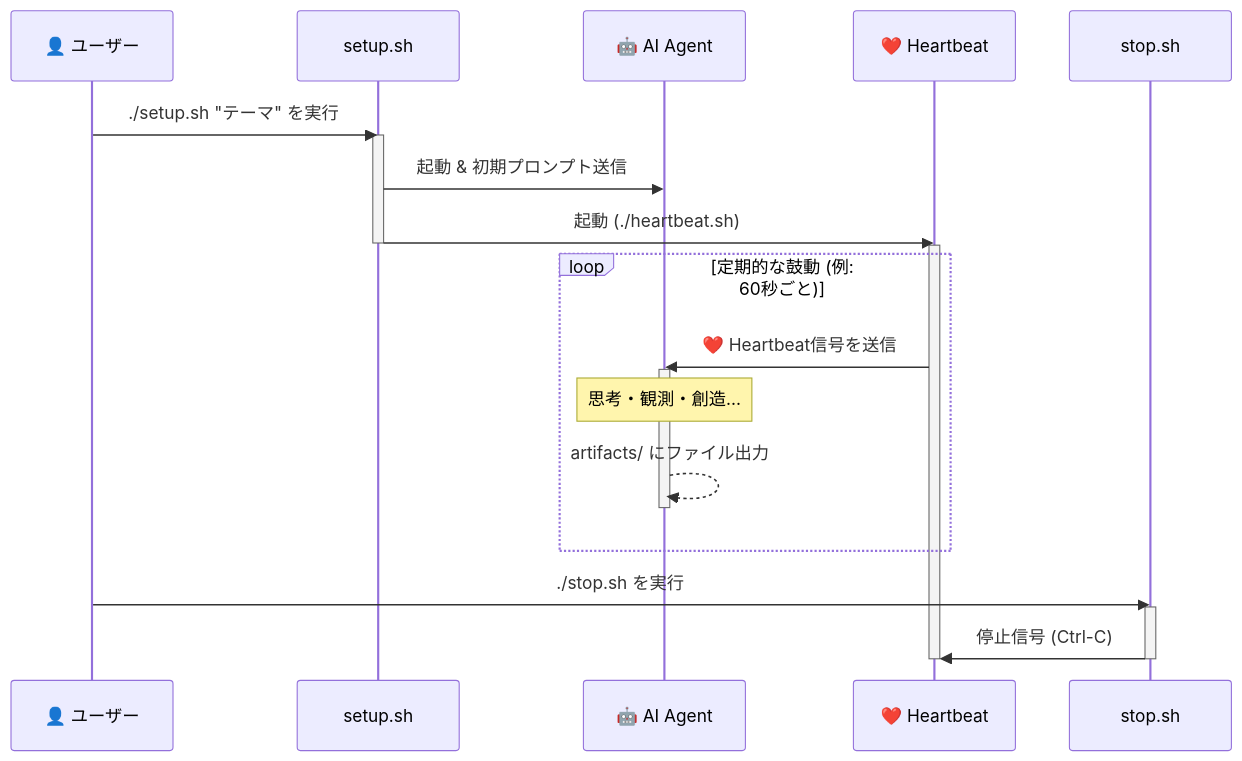
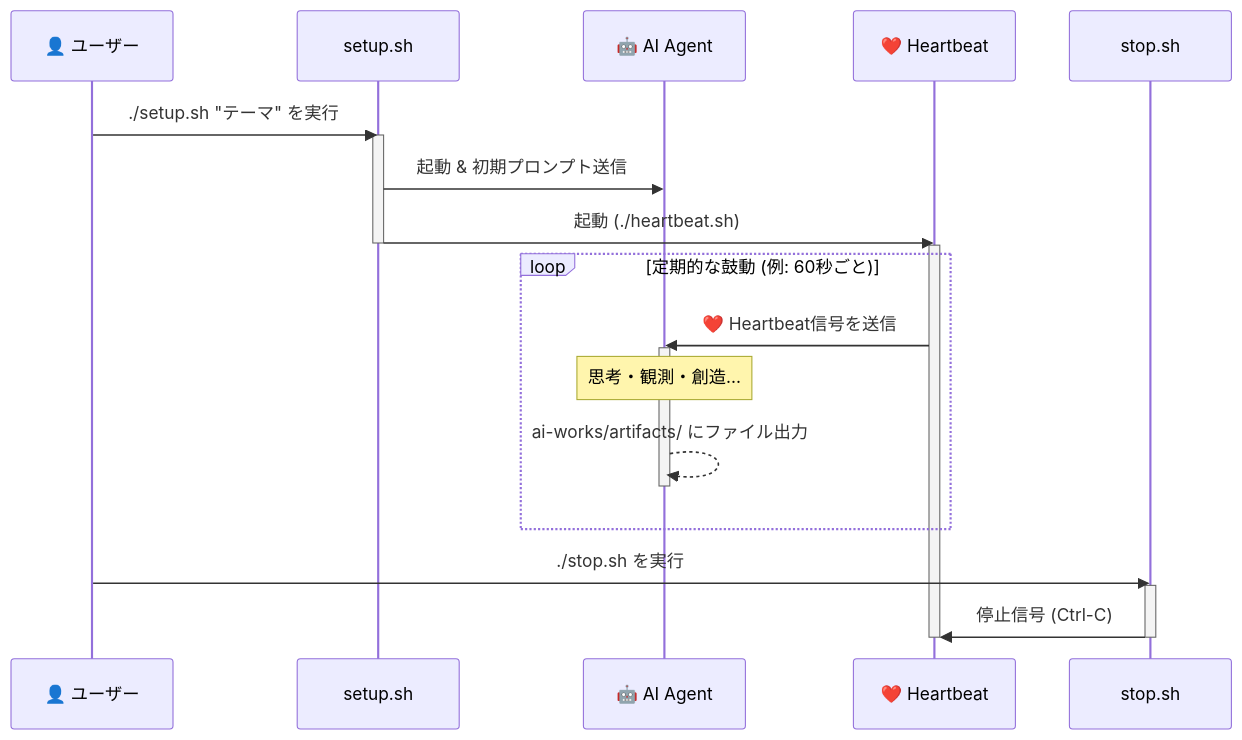
One commit to creating-cat/ai-heartbeat changed the diagram in SYSTEM_OVERVIEW.md. Above: the diagram before and after it, drawn with Mermaid. The commit also changed other lines of this file and 3 other files, not shown here.

````diff
--- a/SYSTEM_OVERVIEW.md
+++ b/SYSTEM_OVERVIEW.md
@@ -290,29 +292,29 @@
 ```mermaid
 sequenceDiagram
     participant User as 👤 ユーザー
     participant setup_sh as setup.sh
     participant tmux_agent as 🤖 AI Agent
     participant tmux_heartbeat as ❤️ Heartbeat
     participant stop_sh as stop.sh
 
     User->>setup_sh: ./setup.sh "テーマ" を実行
     activate setup_sh
     setup_sh->>tmux_agent: 起動 & 初期プロンプト送信
     setup_sh->>tmux_heartbeat: 起動 (./heartbeat.sh)
     deactivate setup_sh
 
     activate tmux_heartbeat
     loop 定期的な鼓動 (例: 60秒ごと)
         tmux_heartbeat->>tmux_agent: ❤️ Heartbeat信号を送信
         activate tmux_agent
         Note over tmux_agent: 思考・観測・創造...
-        tmux_agent-->>tmux_agent: artifacts/ にファイル出力
+        tmux_agent-->>tmux_agent: ai-works/artifacts/ にファイル出力
         deactivate tmux_agent
     end
     
     User->>stop_sh: ./stop.sh を実行
     activate stop_sh
     stop_sh->>tmux_heartbeat: 停止信号 (Ctrl-C)
     deactivate stop_sh
     deactivate tmux_heartbeat
 ```
````
